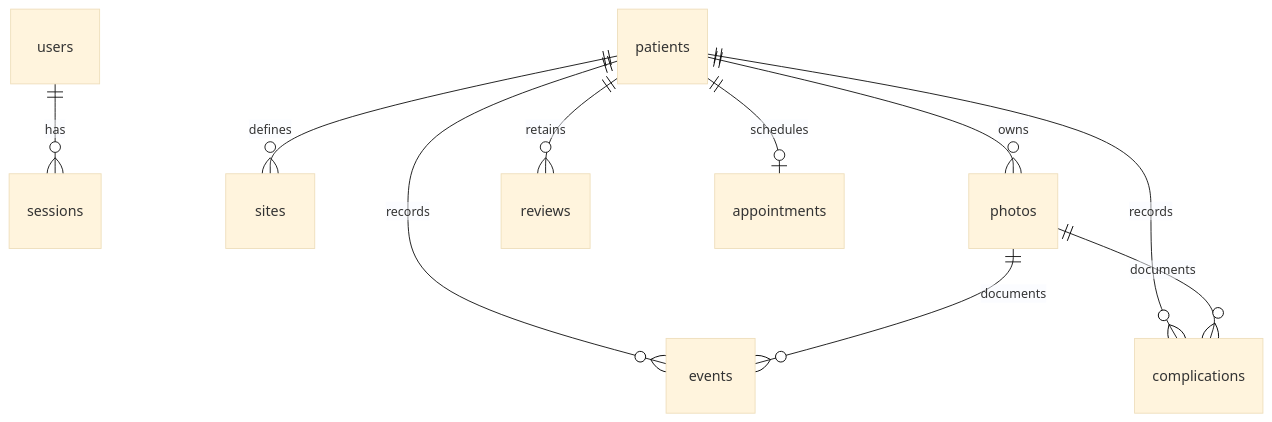
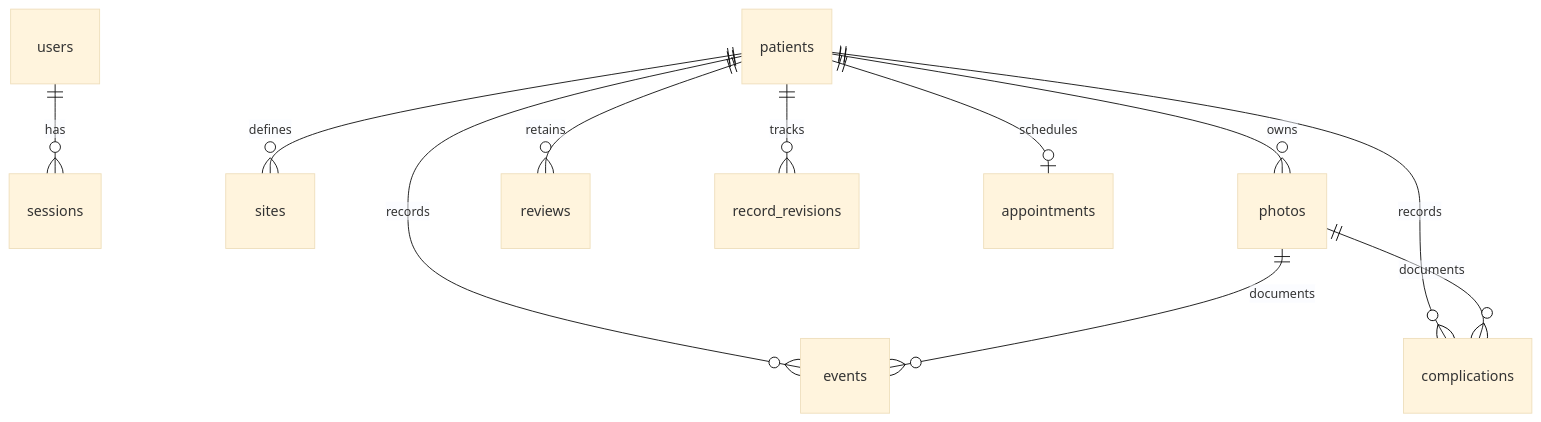
Before and after one commit to ShabbirMahmood/SiteCare_Prototype: the third of 4 diagrams in technical_architecture.md, drawn with Mermaid (base theme). The commit also changed other lines of this file and 24 other files, not shown here.

````diff
--- a/technical_architecture.md
+++ b/technical_architecture.md
@@ -188,12 +195,13 @@
 ```mermaid
 erDiagram
     users ||--o{ sessions : has
     patients ||--o{ sites : defines
     patients ||--o{ photos : owns
     patients ||--o{ events : records
     patients ||--o{ complications : records
     patients ||--o{ reviews : retains
+    patients ||--o{ record_revisions : tracks
     patients ||--o| appointments : schedules
     photos ||--o{ events : documents
     photos ||--o{ complications : documents
 ```
````
